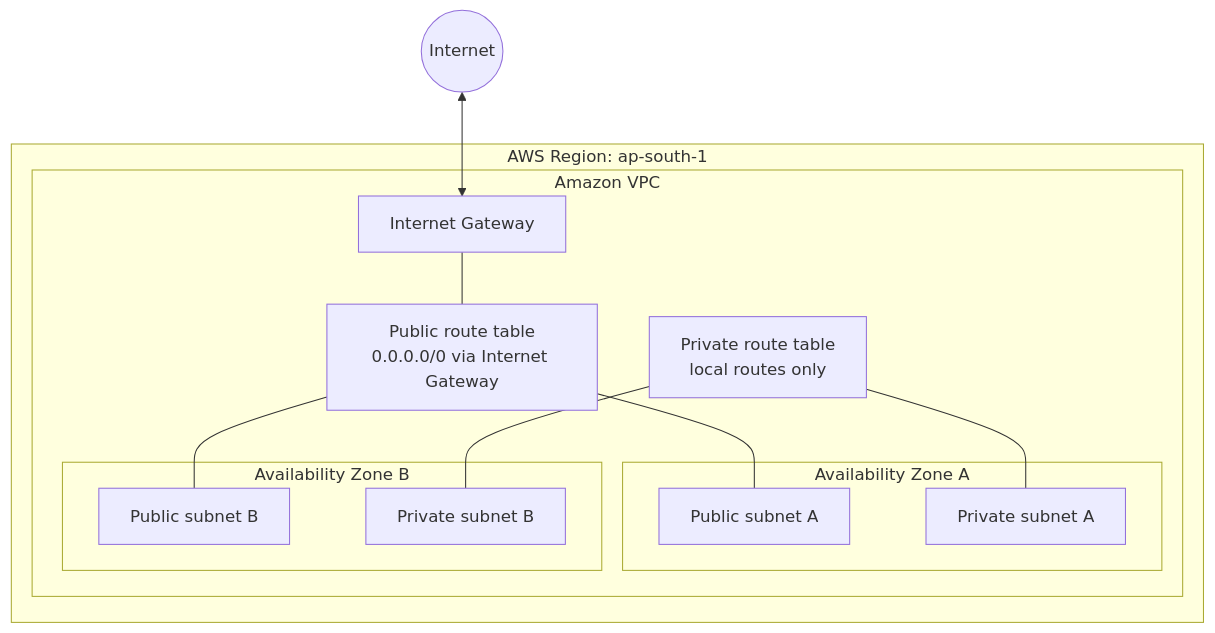
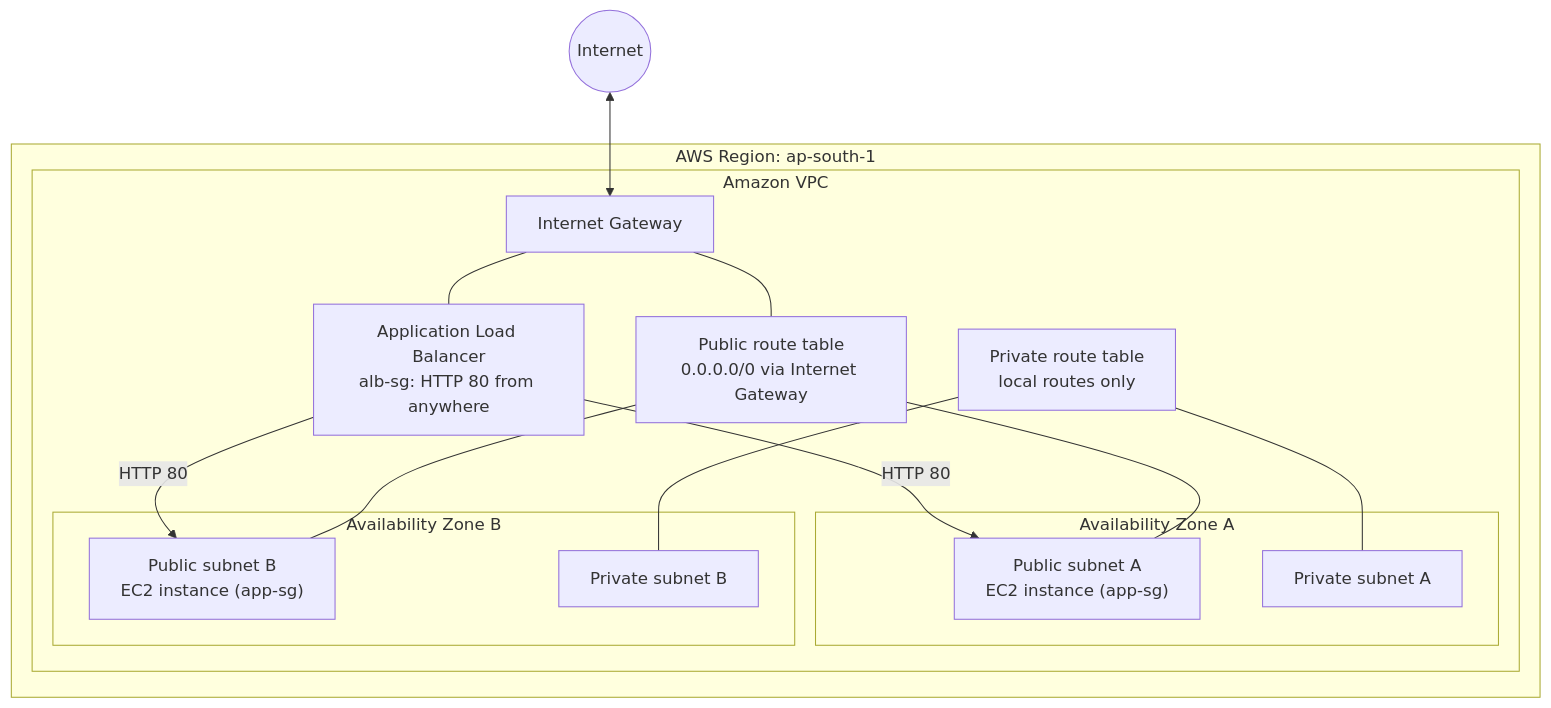
One commit to srushtirevoor99-beep/aws-terraform-infra changed the second of 2 diagrams in README.md. Above: the diagram before and after it, drawn with Mermaid. The commit also changed other lines of this file, not shown here.

````diff
--- a/README.md
+++ b/README.md
@@ -50,29 +60,33 @@
 ```mermaid
 flowchart TB
     INET(("Internet"))
 
     subgraph REGION["AWS Region: ap-south-1"]
         subgraph VPC["Amazon VPC"]
             IGW["Internet Gateway"]
+            ALB["Application Load Balancer<br/>alb-sg: HTTP 80 from anywhere"]
             RTPUB["Public route table<br/>0.0.0.0/0 via Internet Gateway"]
             RTPRI["Private route table<br/>local routes only"]
 
             subgraph AZA["Availability Zone A"]
-                PUBA["Public subnet A"]
+                PUBA["Public subnet A<br/>EC2 instance (app-sg)"]
                 PRIA["Private subnet A"]
             end
 
             subgraph AZB["Availability Zone B"]
-                PUBB["Public subnet B"]
+                PUBB["Public subnet B<br/>EC2 instance (app-sg)"]
                 PRIB["Private subnet B"]
             end
         end
     end
 
     INET <--> IGW
+    IGW --- ALB
+    ALB -->|"HTTP 80"| PUBA
+    ALB -->|"HTTP 80"| PUBB
     IGW --- RTPUB
     RTPUB --- PUBA
     RTPUB --- PUBB
     RTPRI --- PRIA
     RTPRI --- PRIB
 ```
````
